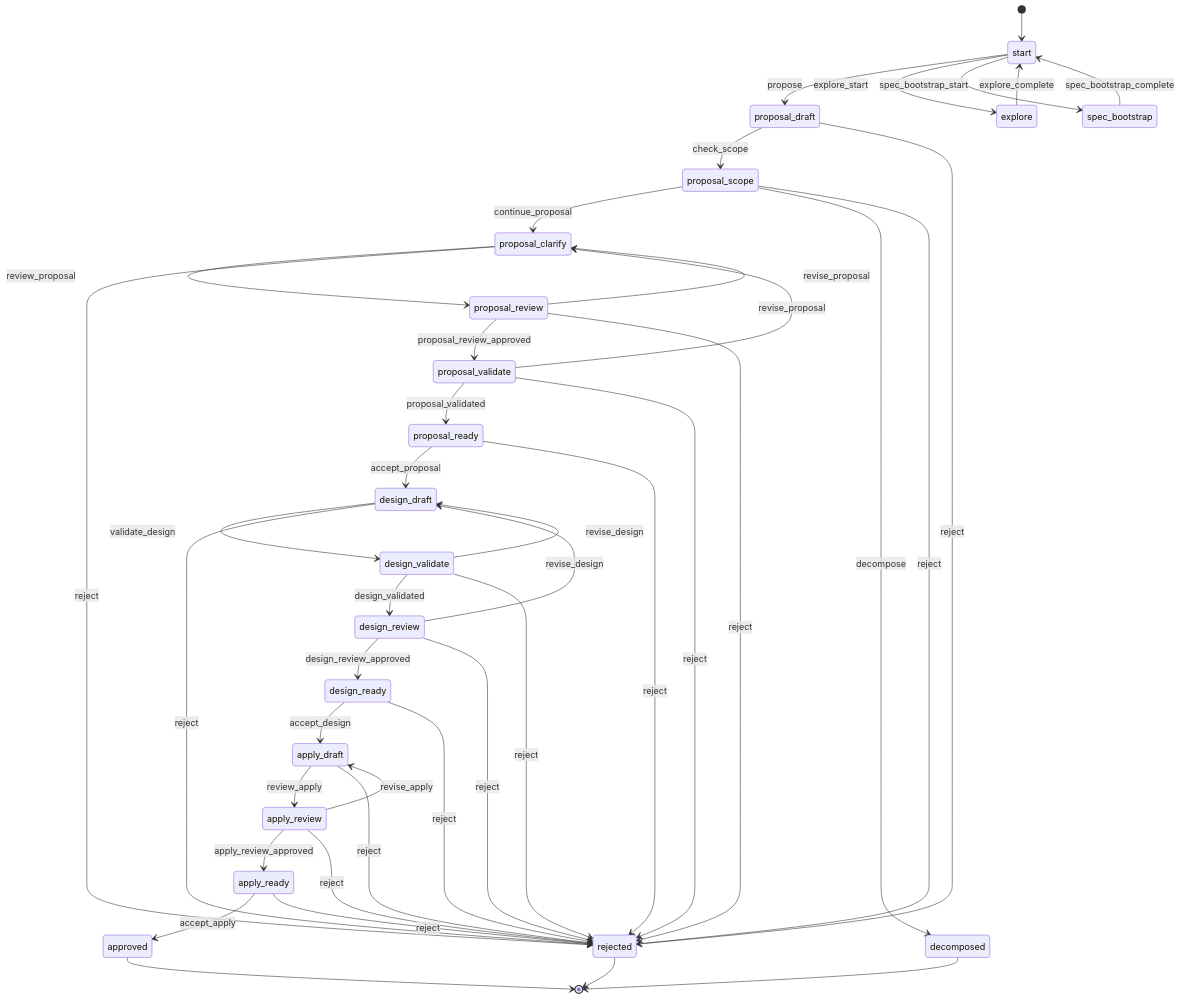
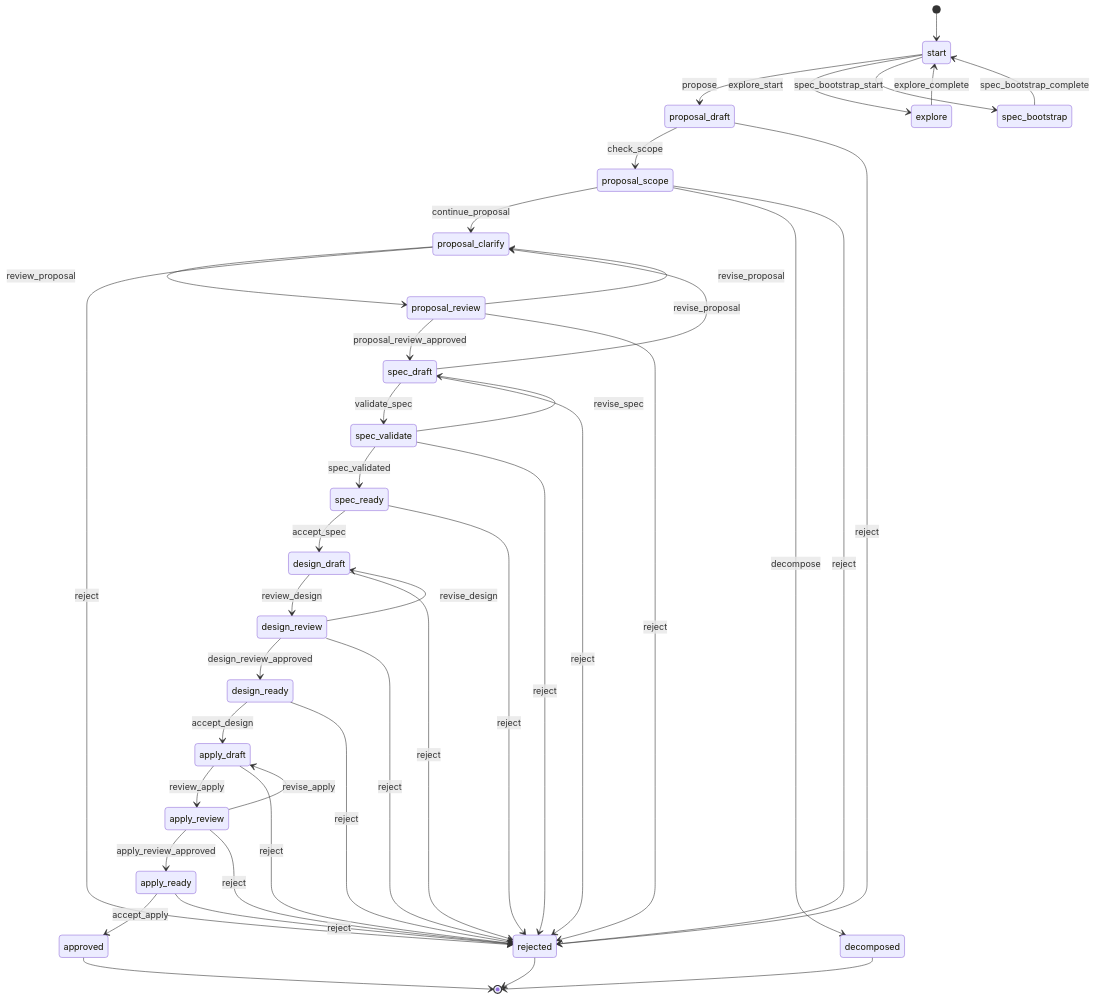
The diagram in README.md (skr19930617/specflow), drawn with Mermaid before and after one commit. The commit also changed other lines of this file and 13 other files, not shown here.

````diff
--- a/README.md
+++ b/README.md
@@ -266,44 +266,44 @@
 ```mermaid
 stateDiagram-v2
   [*] --> start
   start --> proposal_draft: propose
   start --> explore: explore_start
   start --> spec_bootstrap: spec_bootstrap_start
   proposal_draft --> proposal_scope: check_scope
   proposal_draft --> rejected: reject
   proposal_scope --> proposal_clarify: continue_proposal
   proposal_scope --> decomposed: decompose
   proposal_scope --> rejected: reject
   proposal_clarify --> proposal_review: review_proposal
   proposal_clarify --> rejected: reject
-  proposal_review --> proposal_validate: proposal_review_approved
+  proposal_review --> spec_draft: proposal_review_approved
   proposal_review --> proposal_clarify: revise_proposal
   proposal_review --> rejected: reject
-  proposal_validate --> proposal_clarify: revise_proposal
-  proposal_validate --> proposal_ready: proposal_validated
-  proposal_validate --> rejected: reject
-  proposal_ready --> design_draft: accept_proposal
-  proposal_ready --> rejected: reject
-  design_draft --> design_validate: validate_design
+  spec_draft --> proposal_clarify: revise_proposal
+  spec_draft --> spec_validate: validate_spec
+  spec_draft --> rejected: reject
+  spec_validate --> spec_draft: revise_spec
+  spec_validate --> spec_ready: spec_validated
+  spec_validate --> rejected: reject
+  spec_ready --> design_draft: accept_spec
+  spec_ready --> rejected: reject
+  design_draft --> design_review: review_design
   design_draft --> rejected: reject
-  design_validate --> design_review: design_validated
-  design_validate --> design_draft: revise_design
-  design_validate --> rejected: reject
   design_review --> design_draft: revise_design
   design_review --> design_ready: design_review_approved
   design_review --> rejected: reject
   design_ready --> apply_draft: accept_design
   design_ready --> rejected: reject
   apply_draft --> apply_review: review_apply
   apply_draft --> rejected: reject
   apply_review --> apply_draft: revise_apply
   apply_review --> apply_ready: apply_review_approved
   apply_review --> rejected: reject
   apply_ready --> approved: accept_apply
   apply_ready --> rejected: reject
   explore --> start: explore_complete
   spec_bootstrap --> start: spec_bootstrap_complete
   approved --> [*]
   decomposed --> [*]
   rejected --> [*]
 ```
````
